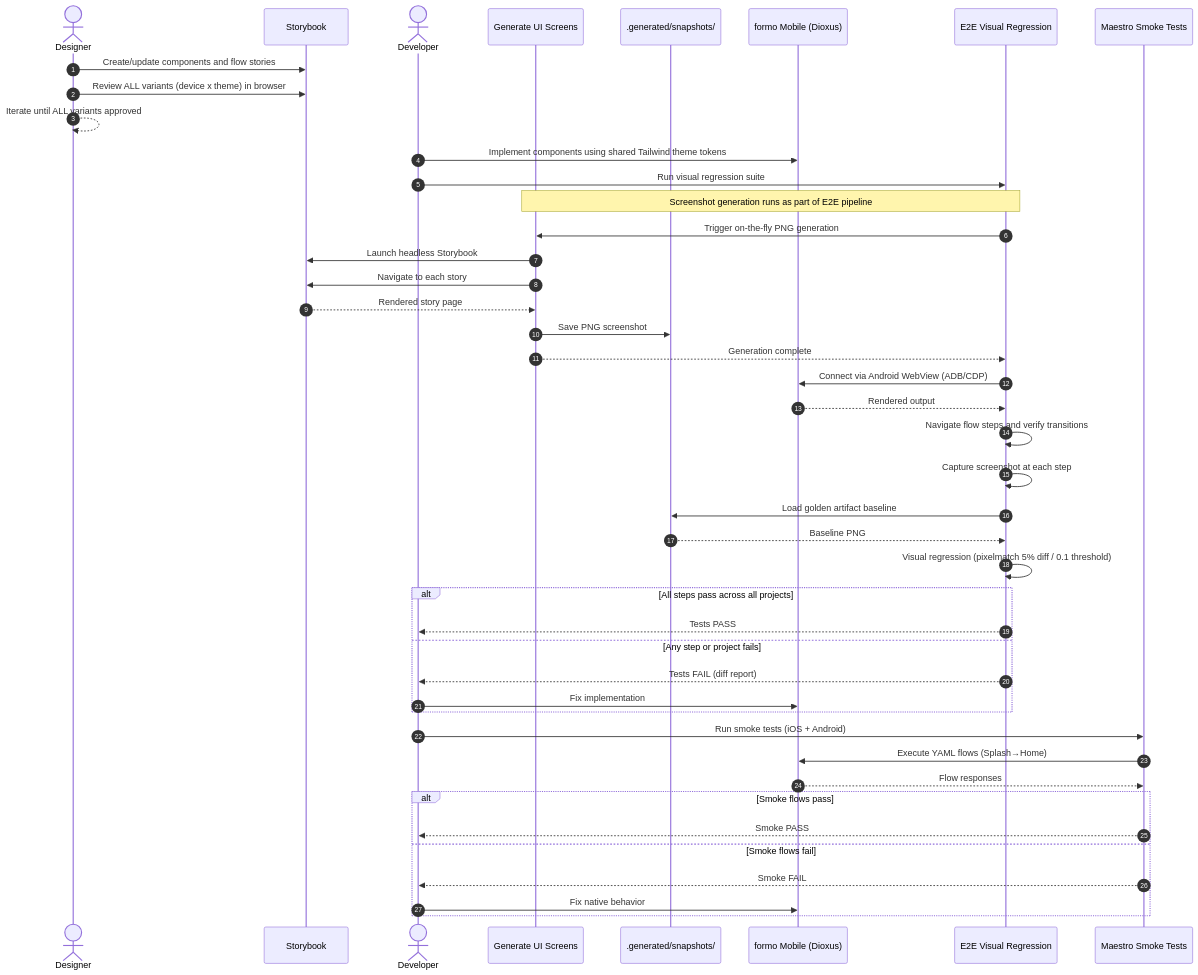
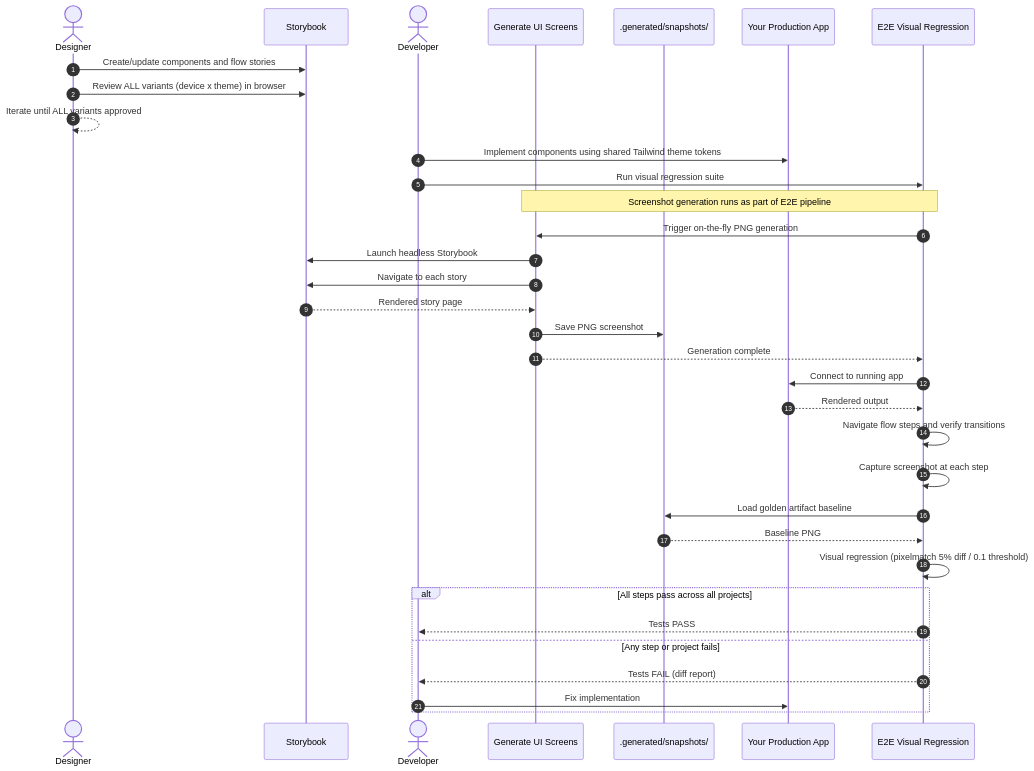
Before and after one commit to virgenherrera/Cross-UI-Template: the fourth of 5 diagrams in docs/architecture.md, drawn with Mermaid. The commit also changed other lines of this file and 43 other files, not shown here.

````diff
--- a/docs/architecture.md
+++ b/docs/architecture.md
@@ -264,52 +230,41 @@
 ```mermaid
 %% Full quality pipeline from design to validation
 sequenceDiagram
     autonumber
     actor Designer
     participant SB as Storybook
     actor Developer
     participant AG as Generate UI Screens
     participant FS as .generated/snapshots/
-    participant Mobile as formo Mobile (Dioxus)
+    participant App as Your Production App
     participant E2E as E2E Visual Regression
-    participant Maestro as Maestro Smoke Tests
 
     Designer ->> SB: Create/update components and flow stories
     Designer ->> SB: Review ALL variants (device x theme) in browser
     Designer -->> Designer: Iterate until ALL variants approved
 
-    Developer ->> Mobile: Implement components using shared Tailwind theme tokens
+    Developer ->> App: Implement components using shared Tailwind theme tokens
 
     Developer ->> E2E: Run visual regression suite
     Note over AG, E2E: Screenshot generation runs as part of E2E pipeline
     E2E ->> AG: Trigger on-the-fly PNG generation
     AG ->> SB: Launch headless Storybook
     AG ->> SB: Navigate to each story
     SB -->> AG: Rendered story page
     AG ->> FS: Save PNG screenshot
     AG -->> E2E: Generation complete
-    E2E ->> Mobile: Connect via Android WebView (ADB/CDP)
-    Mobile -->> E2E: Rendered output
+    E2E ->> App: Connect to running app
+    App -->> E2E: Rendered output
     E2E ->> E2E: Navigate flow steps and verify transitions
     E2E ->> E2E: Capture screenshot at each step
     E2E ->> FS: Load golden artifact baseline
     FS -->> E2E: Baseline PNG
     E2E ->> E2E: Visual regression (pixelmatch 5% diff / 0.1 threshold)
 
     alt All steps pass across all projects
         E2E -->> Developer: Tests PASS
     else Any step or project fails
         E2E -->> Developer: Tests FAIL (diff report)
-        Developer ->> Mobile: Fix implementation
-    end
-
-    Developer ->> Maestro: Run smoke tests (iOS + Android)
-    Maestro ->> Mobile: Execute YAML flows (Splash→Home)
-    Mobile -->> Maestro: Flow responses
-    alt Smoke flows pass
-        Maestro -->> Developer: Smoke PASS
-    else Smoke flows fail
-        Maestro -->> Developer: Smoke FAIL
-        Developer ->> Mobile: Fix native behavior
+        Developer ->> App: Fix implementation
     end
 ```
````
